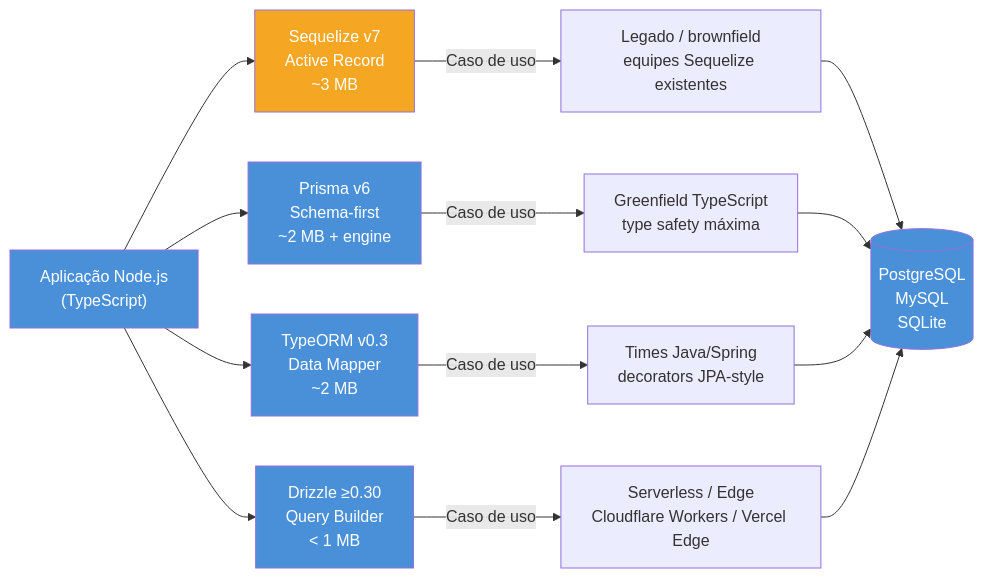
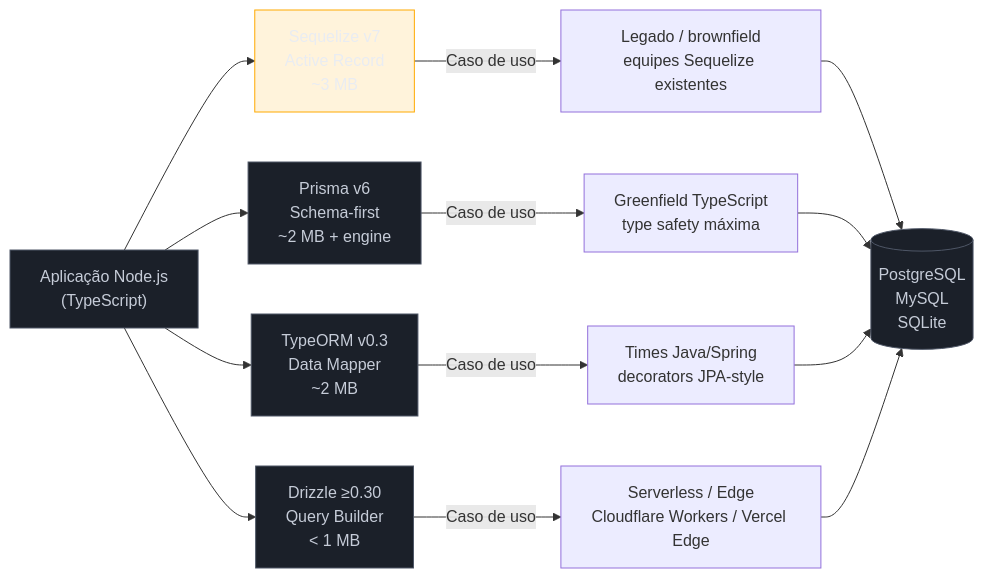
Before and after one commit to josenaldo/codex-technomanticus: the diagram in 03-Dominios/Tecnologia/Node/ORMs e banco de dados/10 - Cheatsheet e decision tree de ORMs.md, drawn with Mermaid. The commit also changed 1181 other files, not shown here.

First line of the commit message:
fix(diagramas): paleta do sistema no lugar de cor cravada no markdown

````diff
--- a/03-Dominios/Tecnologia/Node/ORMs e banco de dados/10 - Cheatsheet e decision tree de ORMs.md
+++ b/03-Dominios/Tecnologia/Node/ORMs e banco de dados/10 - Cheatsheet e decision tree de ORMs.md
@@ -26,26 +26,28 @@
 ```mermaid
 flowchart LR
+    classDef neutro fill:#1B2029,stroke:#4E5666,color:#C6CCD8
+    classDef destaque fill:#FFAA0024,stroke:#FFAA00,color:#E9ECF2
     APP["Aplicação Node.js\n(TypeScript)"]
 
     APP --> SEQ["Sequelize v7\nActive Record\n~3 MB"]
     APP --> PRI["Prisma v6\nSchema-first\n~2 MB + engine"]
     APP --> TOR["TypeORM v0.3\nData Mapper\n~2 MB"]
     APP --> DRI["Drizzle ≥0.30\nQuery Builder\n< 1 MB"]
 
     SEQ -->|"Caso de uso"| SEQ_USE["Legado / brownfield\nequipes Sequelize existentes"]
     PRI -->|"Caso de uso"| PRI_USE["Greenfield TypeScript\ntype safety máxima"]
     TOR -->|"Caso de uso"| TOR_USE["Times Java/Spring\ndecorators JPA-style"]
     DRI -->|"Caso de uso"| DRI_USE["Serverless / Edge\nCloudflare Workers / Vercel Edge"]
 
     SEQ_USE --> DB[("PostgreSQL\nMySQL\nSQLite")]
     PRI_USE --> DB
     TOR_USE --> DB
     DRI_USE --> DB
 
-    style APP fill:#4A90D9,color:#fff
-    style SEQ fill:#F5A623,color:#fff
-    style PRI fill:#4A90D9,color:#fff
-    style TOR fill:#4A90D9,color:#fff
-    style DRI fill:#4A90D9,color:#fff
-    style DB fill:#4A90D9,color:#fff
+    class APP neutro
+    class SEQ destaque
+    class PRI neutro
+    class TOR neutro
+    class DRI neutro
+    class DB neutro
 ```
````
